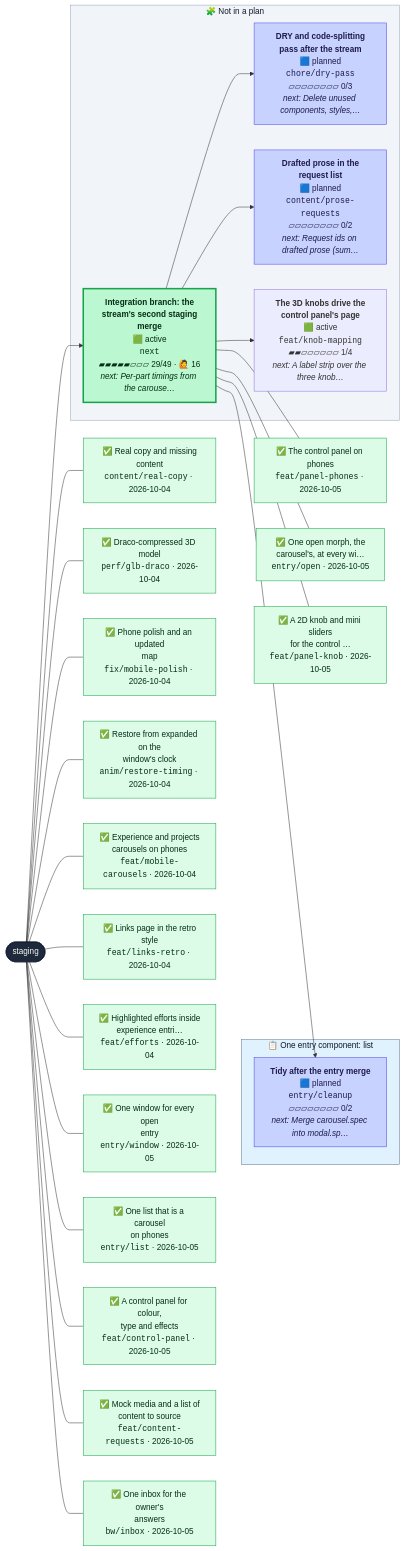
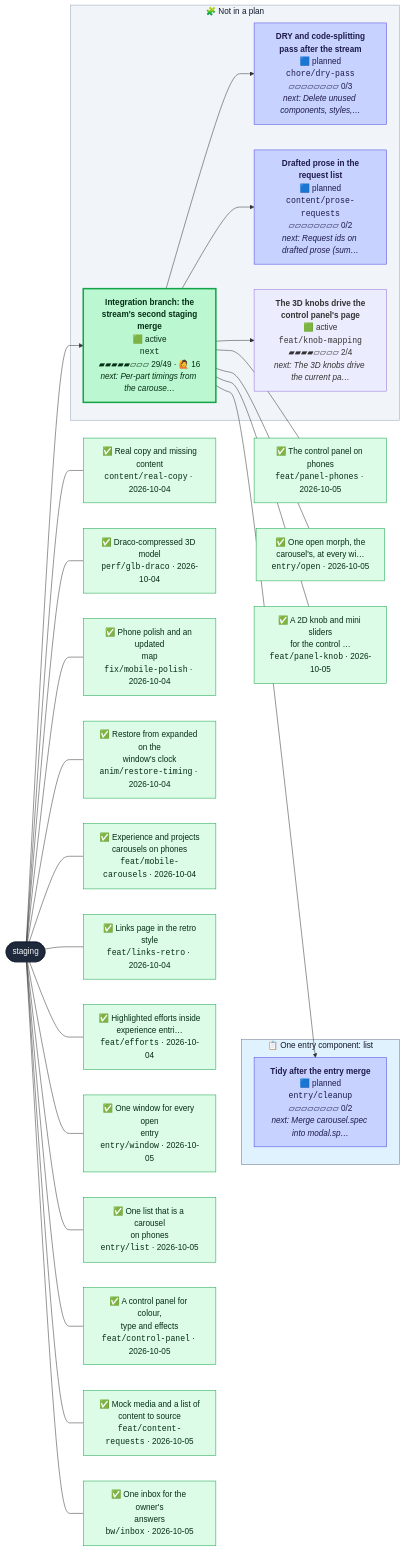
The second of 2 diagrams in CONTRIBUTING.md (henryjonescodes/portfolio), drawn with Mermaid before and after one commit. The commit also changed other lines of this file, not shown here.

````diff
--- a/CONTRIBUTING.md
+++ b/CONTRIBUTING.md
@@ -75,80 +72,80 @@
 ```mermaid
 flowchart LR
   n_staging([staging])
   class n_staging trunk
   subgraph plan_0["📋 One entry component: list"]
     n_entry_cleanup["<b>Tidy after the entry merge</b><br/>🟦 planned<br/><code>entry/cleanup</code><br/>▱▱▱▱▱▱▱▱ 0/2<br/><i>next: Merge carousel.spec into modal.sp…</i>"]
     class n_entry_cleanup planned
   end
   style plan_0 fill:#e0f2fe,stroke:#64748b,color:#0f172a
   subgraph loose["🧩 Not in a plan"]
     n_chore_dry_pass["<b>DRY and code-splitting<br/>pass after the stream</b><br/>🟦 planned<br/><code>chore/dry-pass</code><br/>▱▱▱▱▱▱▱▱ 0/3<br/><i>next: Delete unused components, styles,…</i>"]
     class n_chore_dry_pass planned
     n_content_prose_requests["<b>Drafted prose in the<br/>request list</b><br/>🟦 planned<br/><code>content/prose-requests</code><br/>▱▱▱▱▱▱▱▱ 0/2<br/><i>next: Request ids on drafted prose (sum…</i>"]
     class n_content_prose_requests planned
-    n_feat_knob_mapping["<b>The 3D knobs drive the<br/>control panel's page</b><br/>🟩 active<br/><code>feat/knob-mapping</code><br/>▰▰▱▱▱▱▱▱ 1/4<br/><i>next: A label strip over the three knob…</i>"]
+    n_feat_knob_mapping["<b>The 3D knobs drive the<br/>control panel's page</b><br/>🟩 active<br/><code>feat/knob-mapping</code><br/>▰▰▰▰▱▱▱▱ 2/4<br/><i>next: The 3D knobs drive the current pa…</i>"]
     class n_feat_knob_mapping active,current
     n_next["<b>Integration branch: the<br/>stream's second staging<br/>merge</b><br/>🟩 active<br/><code>next</code><br/>▰▰▰▰▰▱▱▱ 29/49 · 🙋 16<br/><i>next: Per-part timings from the carouse…</i>"]
     class n_next active
   end
   style loose fill:#f1f5f9,stroke:#94a3b8,color:#0f172a
   n_next --> n_chore_dry_pass
   n_next --> n_content_prose_requests
   n_next --> n_entry_cleanup
   n_next --> n_feat_knob_mapping
   n_staging --> n_next
   landed_0["✅ Real copy and missing<br/>content<br/><code>content/real-copy</code> · 2026-10-04"]
   class landed_0 merged
   n_staging --- landed_0
   landed_1["✅ Draco-compressed 3D model<br/><code>perf/glb-draco</code> · 2026-10-04"]
   class landed_1 merged
   n_staging --- landed_1
   landed_2["✅ Phone polish and an updated<br/>map<br/><code>fix/mobile-polish</code> · 2026-10-04"]
   class landed_2 merged
   n_staging --- landed_2
   landed_3["✅ Restore from expanded on the<br/>window's clock<br/><code>anim/restore-timing</code> · 2026-10-04"]
   class landed_3 merged
   n_staging --- landed_3
   landed_4["✅ Experience and projects<br/>carousels on phones<br/><code>feat/mobile-carousels</code> · 2026-10-04"]
   class landed_4 merged
   n_staging --- landed_4
   landed_5["✅ Links page in the retro<br/>style<br/><code>feat/links-retro</code> · 2026-10-04"]
   class landed_5 merged
   n_staging --- landed_5
   landed_6["✅ Highlighted efforts inside<br/>experience entri…<br/><code>feat/efforts</code> · 2026-10-04"]
   class landed_6 merged
   n_staging --- landed_6
   landed_7["✅ One window for every open<br/>entry<br/><code>entry/window</code> · 2026-10-05"]
   class landed_7 merged
   n_staging --- landed_7
   landed_8["✅ One list that is a carousel<br/>on phones<br/><code>entry/list</code> · 2026-10-05"]
   class landed_8 merged
   n_staging --- landed_8
   landed_9["✅ A control panel for colour,<br/>type and effects<br/><code>feat/control-panel</code> · 2026-10-05"]
   class landed_9 merged
   n_staging --- landed_9
   landed_10["✅ Mock media and a list of<br/>content to source<br/><code>feat/content-requests</code> · 2026-10-05"]
   class landed_10 merged
   n_staging --- landed_10
   landed_11["✅ One inbox for the owner's<br/>answers<br/><code>bw/inbox</code> · 2026-10-05"]
   class landed_11 merged
   n_staging --- landed_11
   landed_12["✅ The control panel on phones<br/><code>feat/panel-phones</code> · 2026-10-05"]
   class landed_12 merged
   n_next --- landed_12
   landed_13["✅ One open morph, the<br/>carousel's, at every wi…<br/><code>entry/open</code> · 2026-10-05"]
   class landed_13 merged
   n_next --- landed_13
   landed_14["✅ A 2D knob and mini sliders<br/>for the control …<br/><code>feat/panel-knob</code> · 2026-10-05"]
   class landed_14 merged
   n_next --- landed_14
   classDef merged fill:#dcfce7,stroke:#16a34a,color:#052e16
   classDef todo fill:#ffffff,stroke:#94a3b8,stroke-dasharray:2 2,color:#334155
   classDef planned fill:#c7d2fe,stroke:#4f46e5,color:#1e1b4b
   classDef sketched fill:#f8fafc,stroke:#64748b,stroke-dasharray:4 3,color:#334155
   classDef active fill:#bbf7d0,stroke:#16a34a,stroke-width:3px,color:#052e16
   classDef review fill:#fde68a,stroke:#d97706,stroke-width:3px,color:#451a03
   classDef blocked fill:#fecaca,stroke:#dc2626,stroke-width:3px,color:#450a0a
   classDef trunk fill:#1e293b,stroke:#0f172a,color:#f8fafc
   classDef current stroke:#0ea5e9,stroke-width:5px
 ```
````
